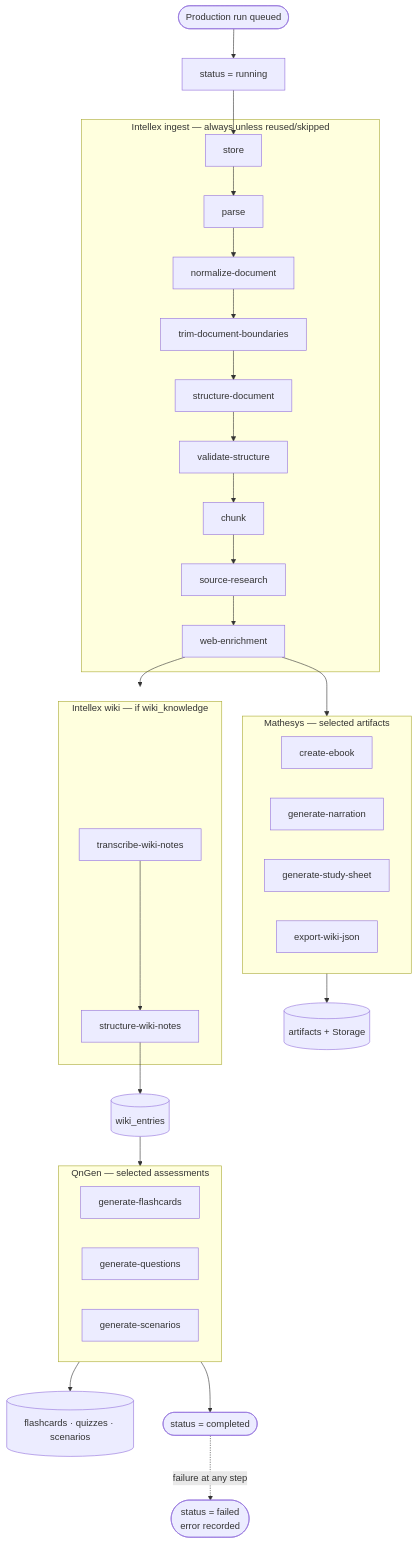
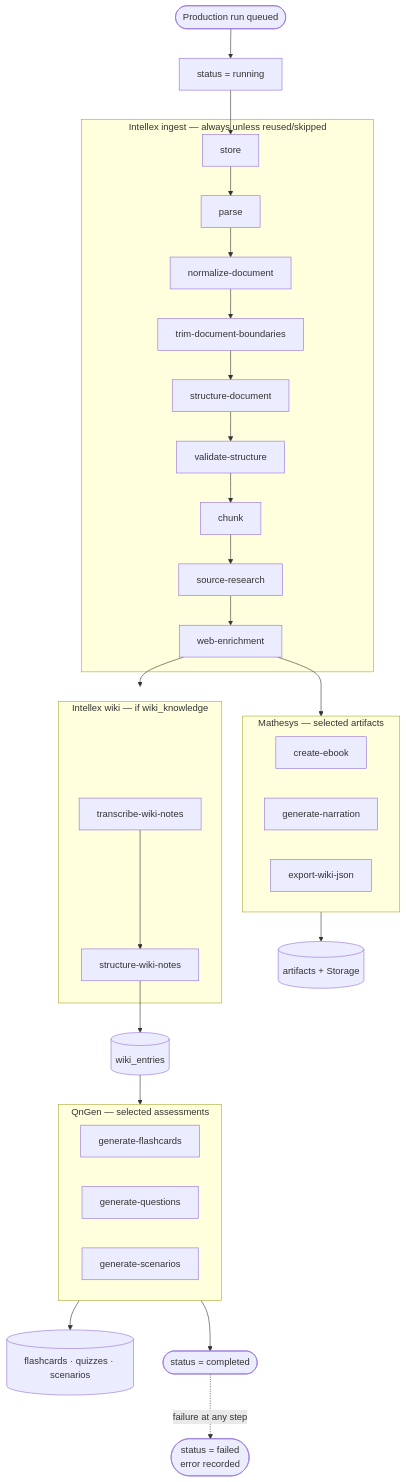
The fifth of 6 diagrams in README.md (lucas-spitzer/arsenal), drawn with Mermaid before and after one commit. The commit also changed other lines of this file and 104 other files, not shown here.

````diff
--- a/README.md
+++ b/README.md
@@ -166,47 +167,46 @@
 ```mermaid
 flowchart TD
     START([Production run queued]) --> RUNNING[status = running]
 
     subgraph intellex["Intellex ingest — always unless reused/skipped"]
         STORE[store]
         PARSE[parse]
         NORM[normalize-document]
         TRIM[trim-document-boundaries]
         STRUCT[structure-document]
         VAL[validate-structure]
         CHUNK[chunk]
         RESEARCH[source-research]
         WEB[web-enrichment]
         STORE --> PARSE --> NORM --> TRIM --> STRUCT --> VAL --> CHUNK --> RESEARCH --> WEB
     end
 
     subgraph wiki["Intellex wiki — if wiki_knowledge"]
         TWN[transcribe-wiki-notes]
         SWN[structure-wiki-notes]
         TWN --> SWN
     end
 
     subgraph mathesys["Mathesys — selected artifacts"]
         EBOOK[create-ebook]
         NAR[generate-narration]
-        SHEET[generate-study-sheet]
         WJ[export-wiki-json]
     end
 
     subgraph qngen["QnGen — selected assessments"]
         FLASH[generate-flashcards]
         QUIZ[generate-questions]
         SCEN[generate-scenarios]
     end
 
     RUNNING --> STORE
     WEB --> wiki
     SWN --> WIKI[(wiki_entries)]
     WEB --> mathesys
     mathesys --> ART[(artifacts + Storage)]
     WIKI --> qngen
     qngen --> ASSESS[(flashcards · quizzes · scenarios)]
     qngen --> DONE([status = completed])
 
     DONE -.failure at any step.-> FAILED([status = failed<br/>error recorded])
 ```
````
